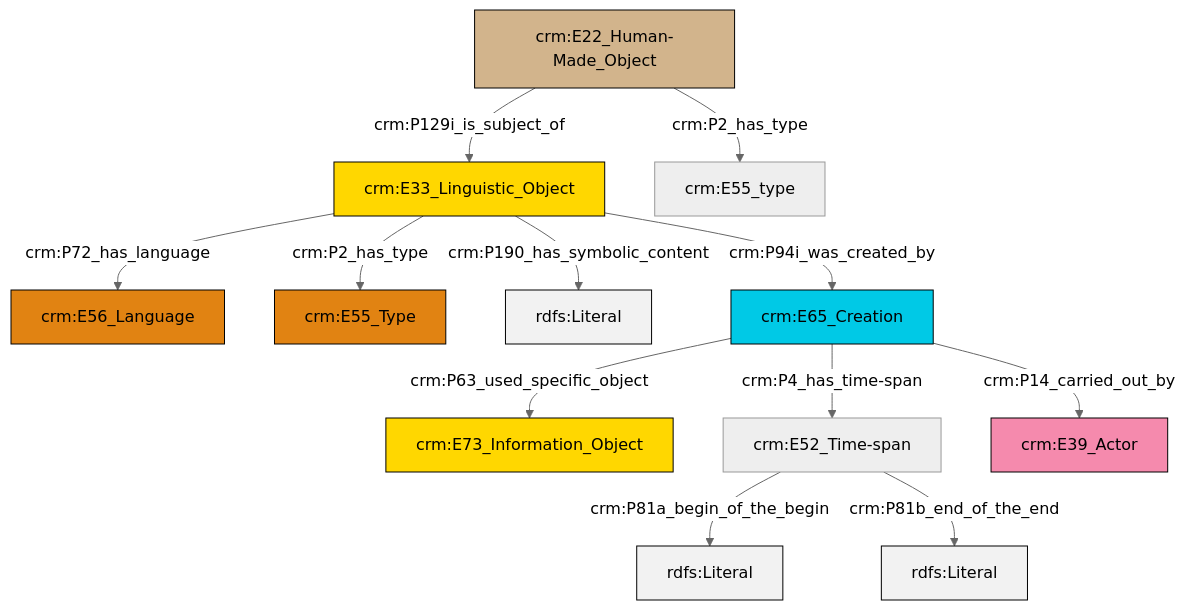
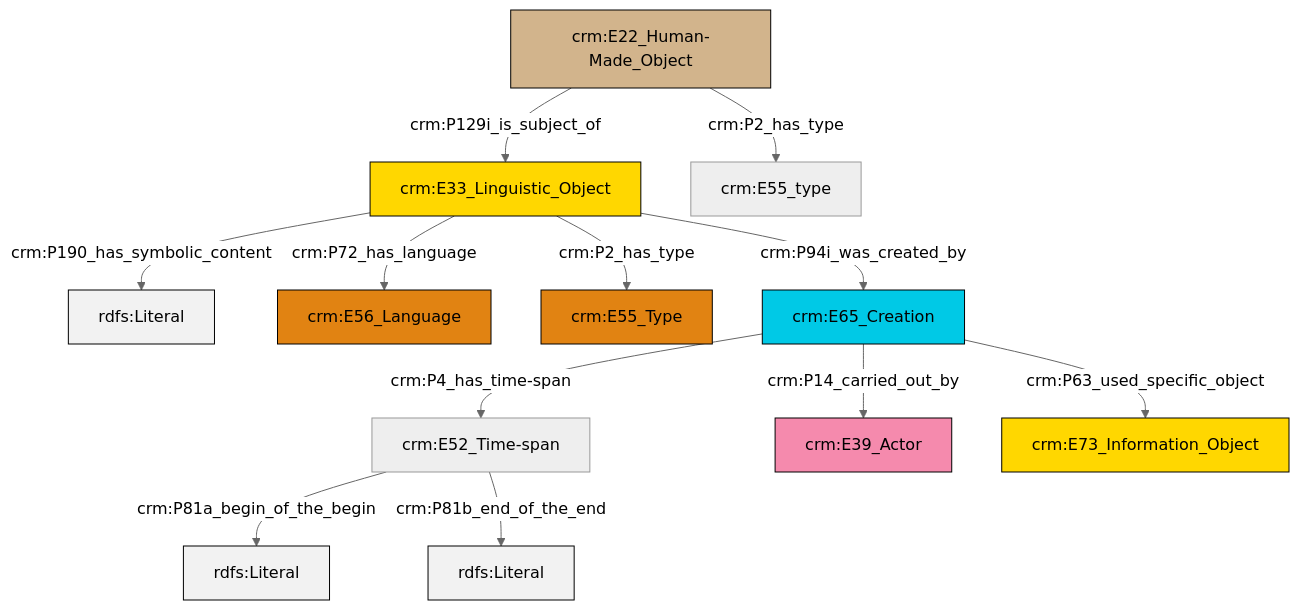
One commit to swiss-art-research-net/reference-data-models changed the diagram in et/artworkCSV/ttl/mmd/Artwork_Description.ttl.mmd. Above: the diagram before and after it, drawn with Mermaid (neutral theme). The commit also changed 131 other files, not shown here.

```diff
--- a/et/artworkCSV/ttl/mmd/Artwork_Description.ttl.mmd
+++ b/et/artworkCSV/ttl/mmd/Artwork_Description.ttl.mmd
@@ -1,26 +1,26 @@
 graph TD
 classDef Literal fill:#f2f2f2,stroke:#000000;
 classDef CRM_Entity fill:#FFFFFF,stroke:#000000;
 classDef Temporal_Entity fill:#00C9E6, stroke:#000000;
 classDef Type fill:#E18312, stroke:#000000;
 classDef Time-Span fill:#2C9C91, stroke:#000000;
 classDef Appellation fill:#FFEB7F, stroke:#000000;
 classDef Place fill:#008836, stroke:#000000;
 classDef Persistent_Item fill:#B266B2, stroke:#000000;
 classDef Conceptual_Object fill:#FFD700, stroke:#000000;
 classDef Physical_Thing fill:#D2B48C, stroke:#000000;
 classDef Actor fill:#f58aad, stroke:#000000;
 classDef PC_Classes fill:#4ce600, stroke:#000000;
 classDef Multi fill:#cccccc,stroke:#000000;
 
-6["crm:E33_Linguistic_Object"]:::Conceptual_Object -->|crm:P2_has_type| 7["crm:E55_Type"]:::Type
-8["crm:E22_Human-Made_Object"]:::Physical_Thing -->|crm:P129i_is_subject_of| 6["crm:E33_Linguistic_Object"]:::Conceptual_Object
-4["crm:E52_Time-span"]:::Default -->|crm:P81a_begin_of_the_begin| 9[rdfs:Literal]:::Literal
-6["crm:E33_Linguistic_Object"]:::Conceptual_Object -->|crm:P190_has_symbolic_content| 10[rdfs:Literal]:::Literal
-11["crm:E65_Creation"]:::Temporal_Entity -->|crm:P14_carried_out_by| 12["crm:E39_Actor"]:::Actor
-11["crm:E65_Creation"]:::Temporal_Entity -->|crm:P63_used_specific_object| 0["crm:E73_Information_Object"]:::Conceptual_Object
-6["crm:E33_Linguistic_Object"]:::Conceptual_Object -->|crm:P72_has_language| 2["crm:E56_Language"]:::Type
-8["crm:E22_Human-Made_Object"]:::Physical_Thing -->|crm:P2_has_type| 15["crm:E55_type"]:::Default
-11["crm:E65_Creation"]:::Temporal_Entity -->|crm:P4_has_time-span| 4["crm:E52_Time-span"]:::Default
-4["crm:E52_Time-span"]:::Default -->|crm:P81b_end_of_the_end| 17[rdfs:Literal]:::Literal
-6["crm:E33_Linguistic_Object"]:::Conceptual_Object -->|crm:P94i_was_created_by| 11["crm:E65_Creation"]:::Temporal_Entity
+0["crm:E52_Time-span"]:::Default -->|crm:P81a_begin_of_the_begin| 1[rdfs:Literal]:::Literal
+2["crm:E33_Linguistic_Object"]:::Conceptual_Object -->|crm:P190_has_symbolic_content| 3[rdfs:Literal]:::Literal
+8["crm:E22_Human-Made_Object"]:::Physical_Thing -->|crm:P129i_is_subject_of| 2["crm:E33_Linguistic_Object"]:::Conceptual_Object
+0["crm:E52_Time-span"]:::Default -->|crm:P81b_end_of_the_end| 13[rdfs:Literal]:::Literal
+2["crm:E33_Linguistic_Object"]:::Conceptual_Object -->|crm:P2_has_type| 6["crm:E55_Type"]:::Type
+19["crm:E65_Creation"]:::Temporal_Entity -->|crm:P4_has_time-span| 0["crm:E52_Time-span"]:::Default
+8["crm:E22_Human-Made_Object"]:::Physical_Thing -->|crm:P2_has_type| 17["crm:E55_type"]:::Default
+2["crm:E33_Linguistic_Object"]:::Conceptual_Object -->|crm:P94i_was_created_by| 19["crm:E65_Creation"]:::Temporal_Entity
+19["crm:E65_Creation"]:::Temporal_Entity -->|crm:P14_carried_out_by| 9["crm:E39_Actor"]:::Actor
+19["crm:E65_Creation"]:::Temporal_Entity -->|crm:P63_used_specific_object| 14["crm:E73_Information_Object"]:::Conceptual_Object
+2["crm:E33_Linguistic_Object"]:::Conceptual_Object -->|crm:P72_has_language| 4["crm:E56_Language"]:::Type
```
